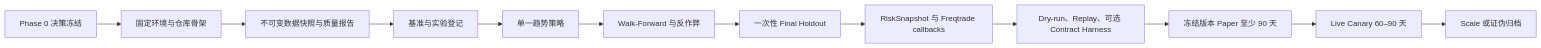
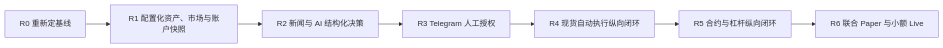
The first of 2 diagrams in docs/development-plan.md (misakimei123/alphaMind), drawn with Mermaid before and after one commit. The commit also changed other lines of this file and 125 other files, not shown here.

````diff
--- a/docs/development-plan.md
+++ b/docs/development-plan.md
@@ -89,14 +100,9 @@
 ```mermaid
 flowchart LR
-    A["Phase 0 决策冻结"] --> B["固定环境与仓库骨架"]
-    B --> C["不可变数据快照与质量报告"]
-    C --> D["基准与实验登记"]
-    D --> E["单一趋势策略"]
-    E --> F["Walk-Forward 与反作弊"]
-    F --> G["一次性 Final Holdout"]
-    G --> H["RiskSnapshot 与 Freqtrade callbacks"]
-    H --> I["Dry-run、Replay、可选 Contract Harness"]
-    I --> J["冻结版本 Paper 至少 90 天"]
-    J --> K["Live Canary 60–90 天"]
-    K --> L["Scale 或证伪归档"]
+    A["R0 重新定基线"] --> B["R1 配置化资产、市场与账户快照"]
+    B --> C["R2 新闻与 AI 结构化决策"]
+    C --> D["R3 Telegram 人工授权"]
+    D --> E["R4 现货自动执行纵向闭环"]
+    E --> F["R5 合约与杠杆纵向闭环"]
+    F --> G["R6 联合 Paper 与小额 Live"]
 ```
````
